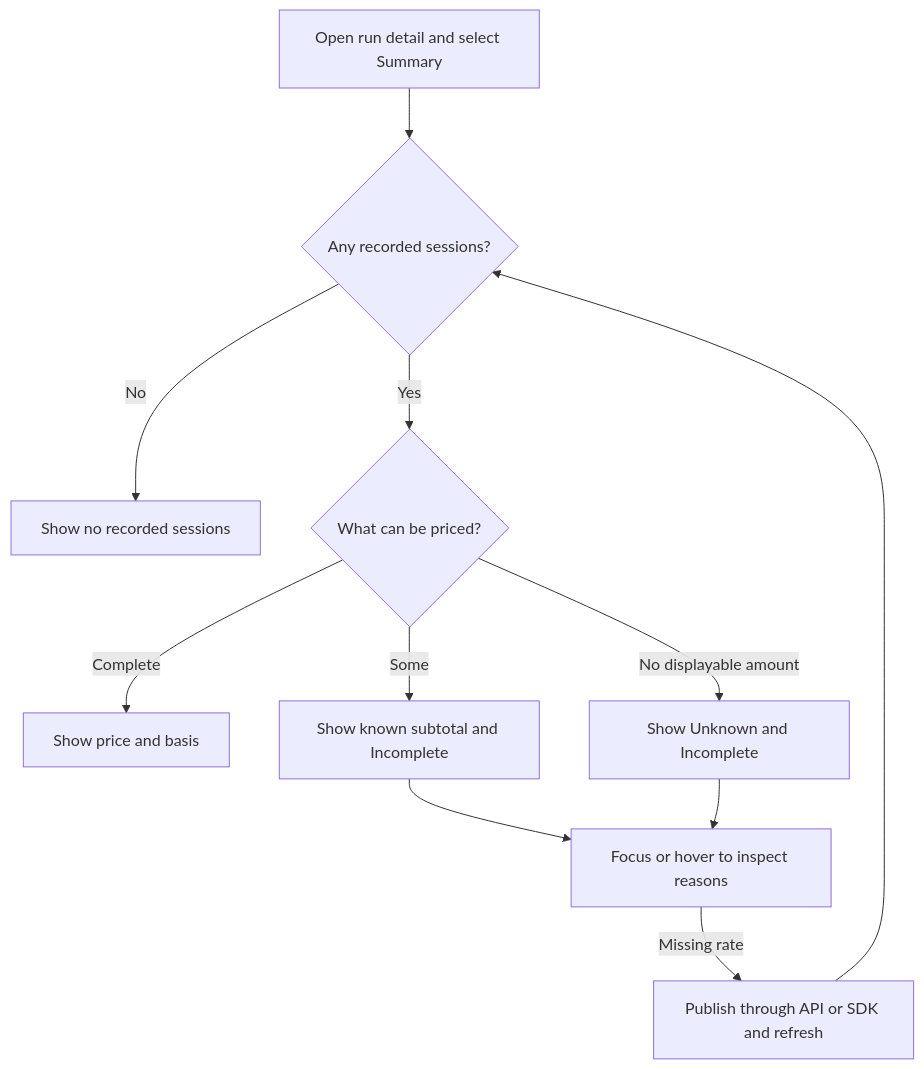
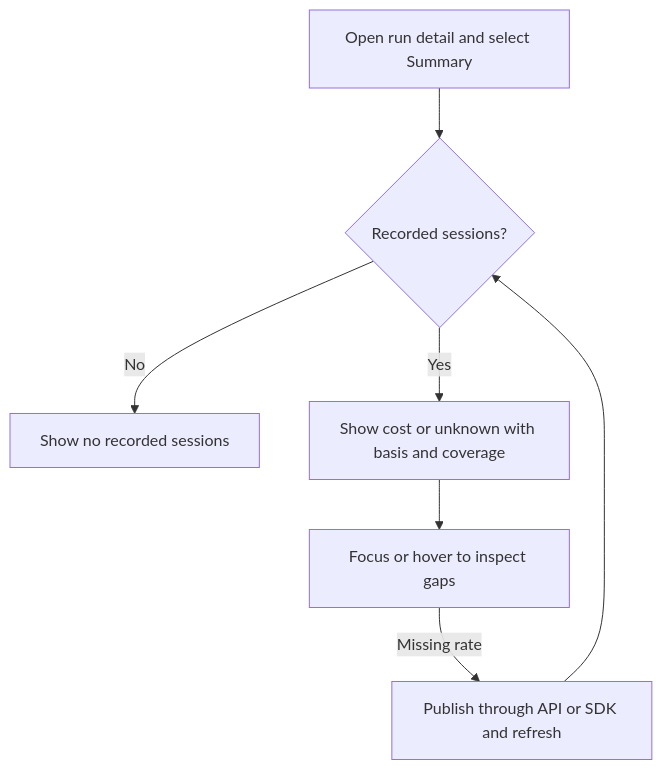
Before and after one commit to markdstafford/autocatalyst: the first of 3 diagrams in context-human/specs/feature-cache-aware-session-cost.md, drawn with Mermaid. The commit also changed other lines of this file, not shown here.

Commit message:
docs: revise feature spec cache-aware-session-cost

````diff
--- a/context-human/specs/feature-cache-aware-session-cost.md
+++ b/context-human/specs/feature-cache-aware-session-cost.md
@@ -74,13 +73,9 @@
 ```mermaid
 flowchart TD
-    A[Open run detail and select Summary] --> B{Any recorded sessions?}
+    A[Open run detail and select Summary] --> B{Recorded sessions?}
     B -->|No| C[Show no recorded sessions]
-    B -->|Yes| D{What can be priced?}
-    D -->|Complete| E[Show price and basis]
-    D -->|Some| F[Show known subtotal and Incomplete]
-    D -->|No displayable amount| G[Show Unknown and Incomplete]
-    F --> H[Focus or hover to inspect reasons]
-    G --> H
-    H -->|Missing rate| I[Publish through API or SDK and refresh]
-    I --> B
+    B -->|Yes| D[Show cost or unknown with basis and coverage]
+    D --> E[Focus or hover to inspect gaps]
+    E -->|Missing rate| F[Publish through API or SDK and refresh]
+    F --> B
 ```
````
